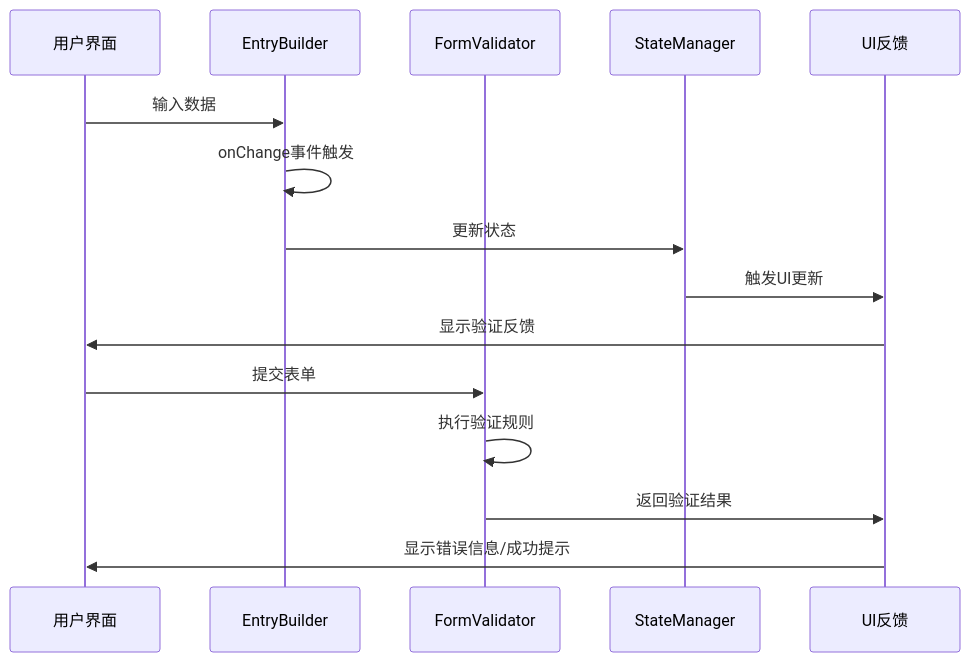
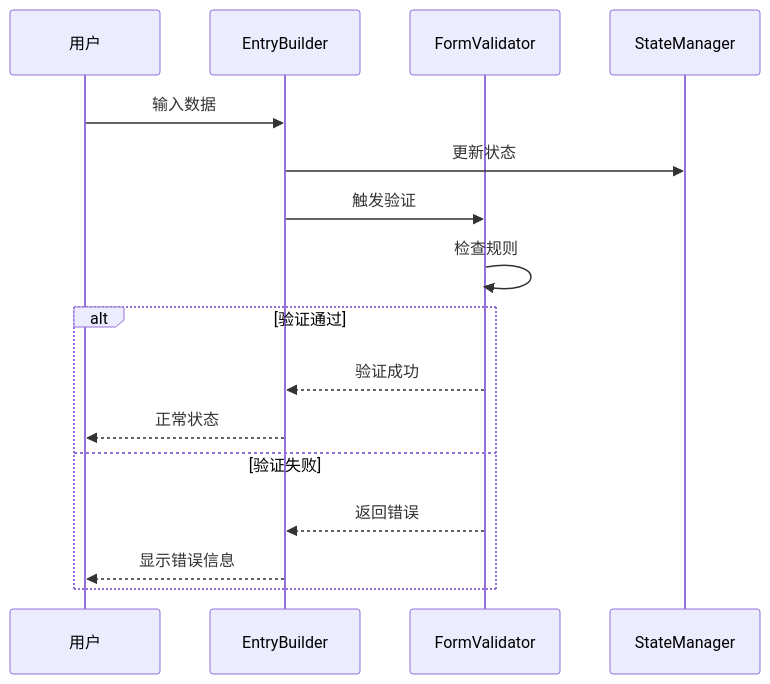
One commit to yangweijie/libuiBuilder changed the second of 7 diagrams in .qoder/repowiki/zh/content/验证系统.md. Above: the diagram before and after it, drawn with Mermaid. The commit also changed other lines of this file and 126 other files, not shown here.

````diff
--- a/.qoder/repowiki/zh/content/验证系统.md
+++ b/.qoder/repowiki/zh/content/验证系统.md
@@ -114,17 +94,18 @@
 ```mermaid
 sequenceDiagram
-participant User as 用户界面
+participant User as 用户
 participant Entry as EntryBuilder
 participant Validator as FormValidator
 participant State as StateManager
-participant UI as UI反馈
 User->>Entry : 输入数据
-Entry->>Entry : onChange事件触发
 Entry->>State : 更新状态
-State->>UI : 触发UI更新
-UI->>User : 显示验证反馈
-User->>Validator : 提交表单
-Validator->>Validator : 执行验证规则
-Validator->>UI : 返回验证结果
-UI->>User : 显示错误信息/成功提示
+Entry->>Validator : 触发验证
+Validator->>Validator : 检查规则
+alt 验证通过
+Validator-->>Entry : 验证成功
+Entry-->>User : 正常状态
+else 验证失败
+Validator-->>Entry : 返回错误
+Entry-->>User : 显示错误信息
+end
 ```
````
